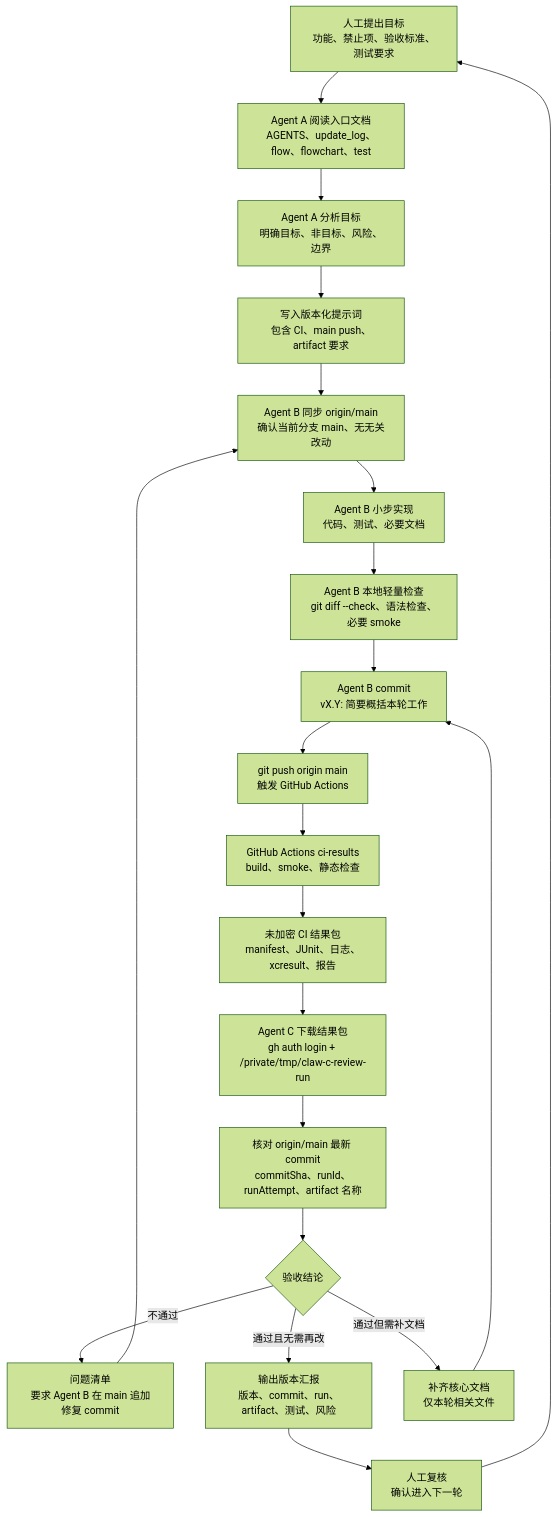
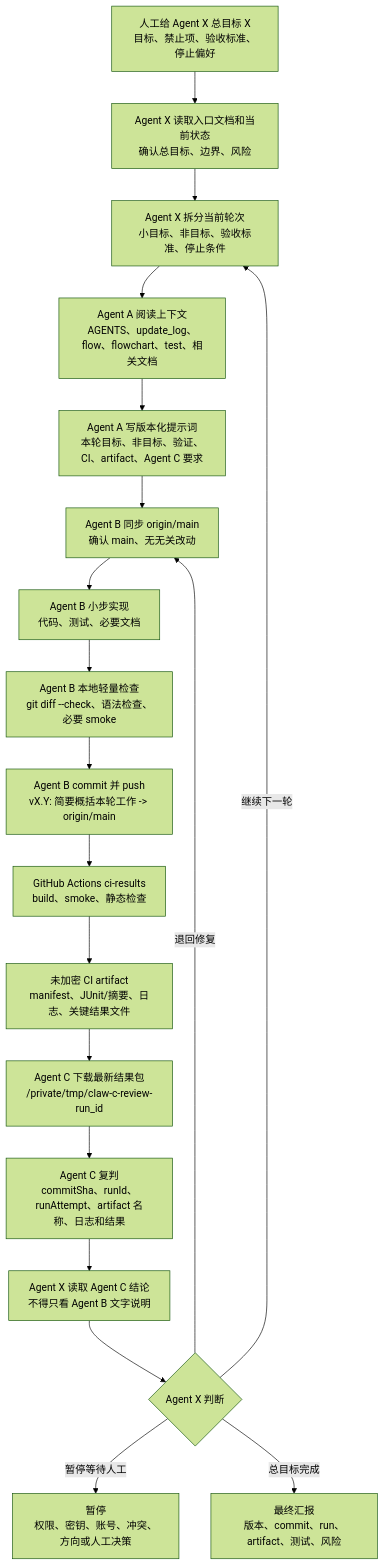
Before and after one commit to Altman-sam114/115: the third of 3 diagrams in md/flow/flowchart.md, drawn with Mermaid (forest theme). The commit also changed other lines of this file and 7 other files, not shown here.

````diff
--- a/md/flow/flowchart.md
+++ b/md/flow/flowchart.md
@@ -68,23 +68,21 @@
 ```mermaid
 flowchart TD
-  H["人工提出目标<br/>功能、禁止项、验收标准、测试要求"] --> A0["Agent A 阅读入口文档<br/>AGENTS、update_log、flow、flowchart、test"]
-  A0 --> A1["Agent A 分析目标<br/>明确目标、非目标、风险、边界"]
-  A1 --> PFILE["写入版本化提示词<br/>包含 CI、main push、artifact 要求"]
-  PFILE --> B0["Agent B 同步 origin/main<br/>确认当前分支 main、无无关改动"]
+  H["人工给 Agent X 总目标 X<br/>目标、禁止项、验收标准、停止偏好"] --> X0["Agent X 读取入口文档和当前状态<br/>确认总目标、边界、风险"]
+  X0 --> X1["Agent X 拆分当前轮次<br/>小目标、非目标、验收标准、停止条件"]
+  X1 --> A0["Agent A 阅读上下文<br/>AGENTS、update_log、flow、flowchart、test、相关文档"]
+  A0 --> A1["Agent A 写版本化提示词<br/>本轮目标、非目标、验证、CI、artifact、Agent C 要求"]
+  A1 --> B0["Agent B 同步 origin/main<br/>确认 main、无无关改动"]
   B0 --> B1["Agent B 小步实现<br/>代码、测试、必要文档"]
   B1 --> B2["Agent B 本地轻量检查<br/>git diff --check、语法检查、必要 smoke"]
-  B2 --> B3["Agent B commit<br/>vX.Y: 简要概括本轮工作"]
-  B3 --> PUSH["git push origin main<br/>触发 GitHub Actions"]
-  PUSH --> CI["GitHub Actions ci-results<br/>build、smoke、静态检查"]
-  CI --> ART["未加密 CI 结果包<br/>manifest、JUnit、日志、xcresult、报告"]
-  ART --> C0["Agent C 下载结果包<br/>gh auth login + /private/tmp/claw-c-review-run"]
-  C0 --> C2["核对 origin/main 最新 commit<br/>commitSha、runId、runAttempt、artifact 名称"]
-  C2 --> C1{"验收结论"}
-  C1 -->|不通过| FIX["问题清单<br/>要求 Agent B 在 main 追加修复 commit"]
-  FIX --> B0
-  C1 -->|通过且无需再改| REPORT["输出版本汇报<br/>版本、commit、run、artifact、测试、风险"]
-  C1 -->|通过但需补文档| DOC["补齐核心文档<br/>仅本轮相关文件"]
-  DOC --> B3
-  REPORT --> HR["人工复核<br/>确认进入下一轮"]
-  HR --> H
+  B2 --> B3["Agent B commit 并 push<br/>vX.Y: 简要概括本轮工作 -> origin/main"]
+  B3 --> CI["GitHub Actions ci-results<br/>build、smoke、静态检查"]
+  CI --> ART["未加密 CI artifact<br/>manifest、JUnit/摘要、日志、关键结果文件"]
+  ART --> C0["Agent C 下载最新结果包<br/>/private/tmp/claw-c-review-run_id"]
+  C0 --> C1["Agent C 复判<br/>commitSha、runId、runAttempt、artifact 名称、日志和结果"]
+  C1 --> X2["Agent X 读取 Agent C 结论<br/>不得只看 Agent B 文字说明"]
+  X2 --> J{"Agent X 判断"}
+  J -->|继续下一轮| X1
+  J -->|退回修复| B0
+  J -->|暂停等待人工| WAIT["暂停<br/>权限、密钥、账号、冲突、方向或人工决策"]
+  J -->|总目标完成| REPORT["最终汇报<br/>版本、commit、run、artifact、测试、风险"]
 ```
````
